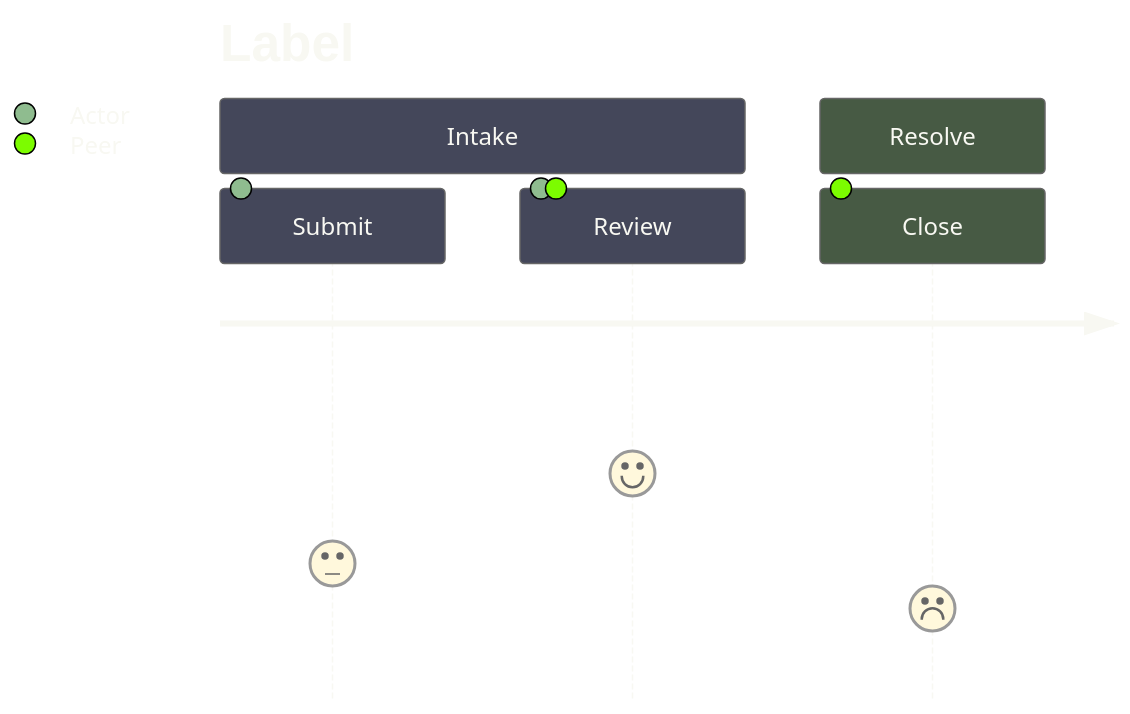
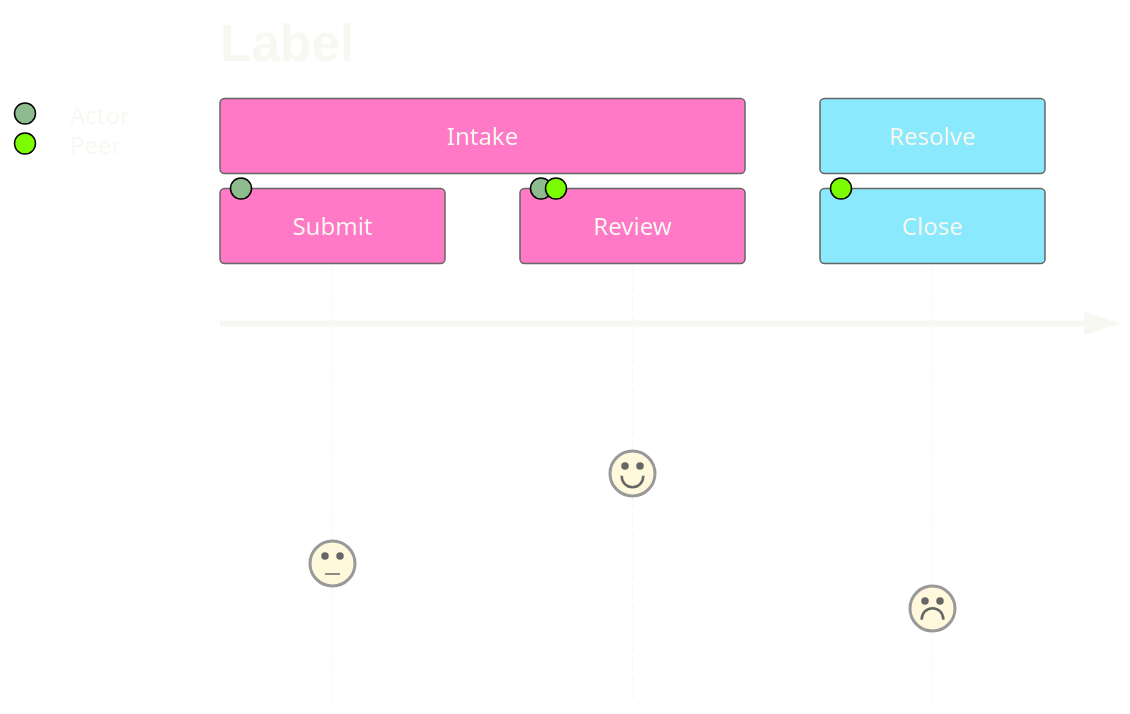
Before and after one commit to bsamiee/Rasm: the third of 25 diagrams in .claude/skills/mermaid-diagramming/references/syntax-extended.md, drawn with Mermaid. The commit also changed other lines of this file and 55 other files, not shown here.

````diff
--- a/.claude/skills/mermaid-diagramming/references/syntax-extended.md
+++ b/.claude/skills/mermaid-diagramming/references/syntax-extended.md
@@ -74,19 +75,27 @@
 ```mermaid
 ---
 config:
   theme: base
   themeVariables:
     darkMode: true
     textColor: "#F8F8F2"
     titleColor: "#F8F8F2"
     primaryColor: "#44475A"
     primaryTextColor: "#F8F8F2"
+    fillType0: "#FF79C6"
+    fillType1: "#8BE9FD"
+    fillType2: "#50FA7B"
+    fillType3: "#FFB86C"
+    fillType4: "#BD93F9"
+    fillType5: "#FF5555"
+    fillType6: "#F1FA8C"
+    fillType7: "#6272A4"
 ---
 journey
   title Label
   section Intake
     Submit: 3: Actor
     Review: 5: Actor, Peer
   section Resolve
     Close: 2: Peer
 ```
````
